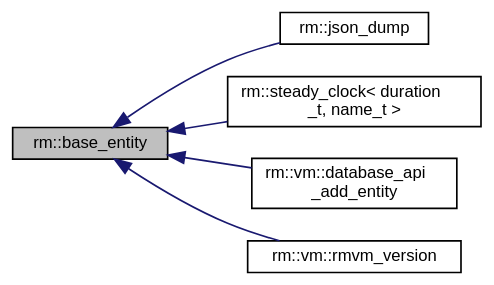
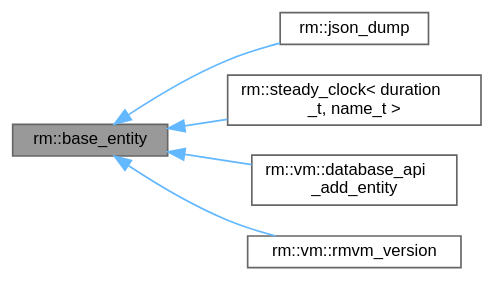
Before and after one commit to netkeep80/jsonRVM: the diagram in structrm_1_1base__entity__inherit__graph.dot, drawn with Graphviz. The commit also changed 521 other files, not shown here.

```diff
--- a/structrm_1_1base__entity__inherit__graph.dot
+++ b/structrm_1_1base__entity__inherit__graph.dot
@@ -1,17 +1,17 @@
 digraph "rm::base_entity"
 {
  // LATEX_PDF_SIZE
   bgcolor="transparent";
-  edge [fontname="Helvetica",fontsize="10",labelfontname="Helvetica",labelfontsize="10"];
-  node [fontname="Helvetica",fontsize="10",shape=record];
+  edge [fontname=Helvetica,fontsize=10,labelfontname=Helvetica,labelfontsize=10];
+  node [fontname=Helvetica,fontsize=10,shape=box,height=0.2,width=0.4];
   rankdir="LR";
-  Node1 [label="rm::base_entity",height=0.2,width=0.4,color="black", fillcolor="grey75", style="filled", fontcolor="black",tooltip=" "];
-  Node1 -> Node2 [dir="back",color="midnightblue",fontsize="10",style="solid",fontname="Helvetica"];
-  Node2 [label="rm::json_dump",height=0.2,width=0.4,color="black",URL="$structrm_1_1json__dump.html",tooltip=" "];
-  Node1 -> Node3 [dir="back",color="midnightblue",fontsize="10",style="solid",fontname="Helvetica"];
-  Node3 [label="rm::steady_clock\< duration\l_t, name_t \>",height=0.2,width=0.4,color="black",URL="$structrm_1_1steady__clock.html",tooltip=" "];
-  Node1 -> Node4 [dir="back",color="midnightblue",fontsize="10",style="solid",fontname="Helvetica"];
-  Node4 [label="rm::vm::database_api\l_add_entity",height=0.2,width=0.4,color="black",URL="$structrm_1_1vm_1_1database__api__add__entity.html",tooltip=" "];
-  Node1 -> Node5 [dir="back",color="midnightblue",fontsize="10",style="solid",fontname="Helvetica"];
-  Node5 [label="rm::vm::rmvm_version",height=0.2,width=0.4,color="black",URL="$structrm_1_1vm_1_1rmvm__version.html",tooltip=" "];
+  Node1 [id="Node000001",label="rm::base_entity",height=0.2,width=0.4,color="gray40", fillcolor="grey60", style="filled", fontcolor="black",tooltip=" "];
+  Node1 -> Node2 [id="edge1_Node000001_Node000002",dir="back",color="steelblue1",style="solid",tooltip=" "];
+  Node2 [id="Node000002",label="rm::json_dump",height=0.2,width=0.4,color="gray40", fillcolor="white", style="filled",URL="$structrm_1_1json__dump.html",tooltip=" "];
+  Node1 -> Node3 [id="edge2_Node000001_Node000003",dir="back",color="steelblue1",style="solid",tooltip=" "];
+  Node3 [id="Node000003",label="rm::steady_clock\< duration\l_t, name_t \>",height=0.2,width=0.4,color="gray40", fillcolor="white", style="filled",URL="$structrm_1_1steady__clock.html",tooltip=" "];
+  Node1 -> Node4 [id="edge3_Node000001_Node000004",dir="back",color="steelblue1",style="solid",tooltip=" "];
+  Node4 [id="Node000004",label="rm::vm::database_api\l_add_entity",height=0.2,width=0.4,color="gray40", fillcolor="white", style="filled",URL="$structrm_1_1vm_1_1database__api__add__entity.html",tooltip=" "];
+  Node1 -> Node5 [id="edge4_Node000001_Node000005",dir="back",color="steelblue1",style="solid",tooltip=" "];
+  Node5 [id="Node000005",label="rm::vm::rmvm_version",height=0.2,width=0.4,color="gray40", fillcolor="white", style="filled",URL="$structrm_1_1vm_1_1rmvm__version.html",tooltip=" "];
 }
```
